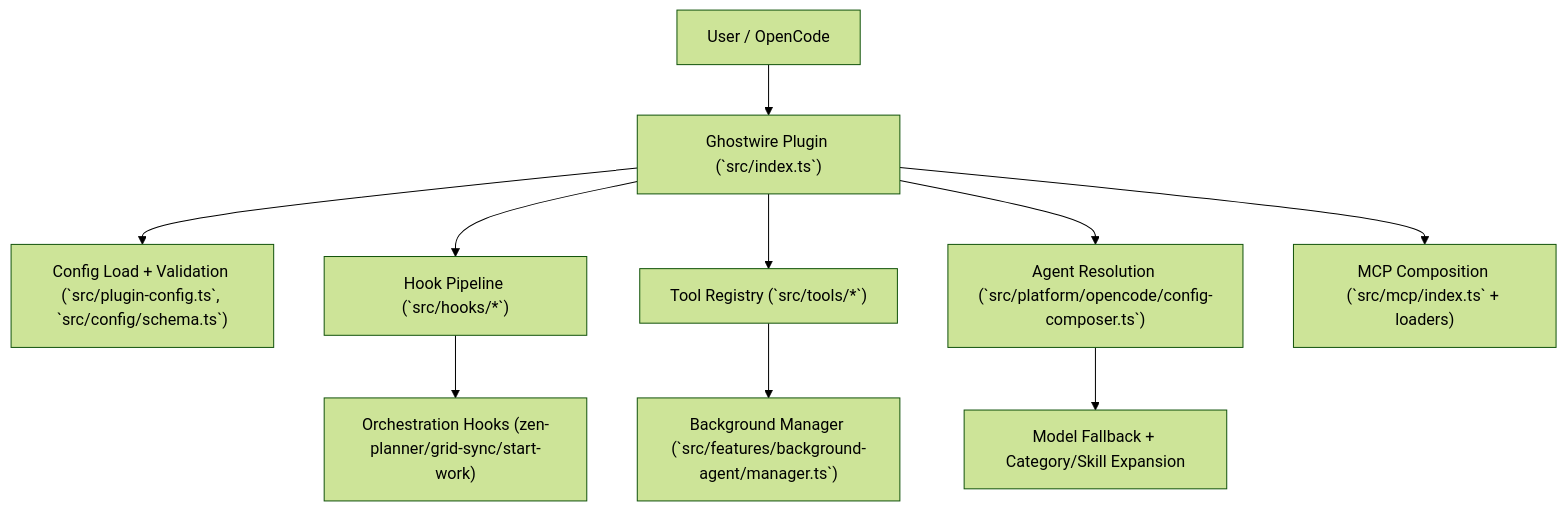
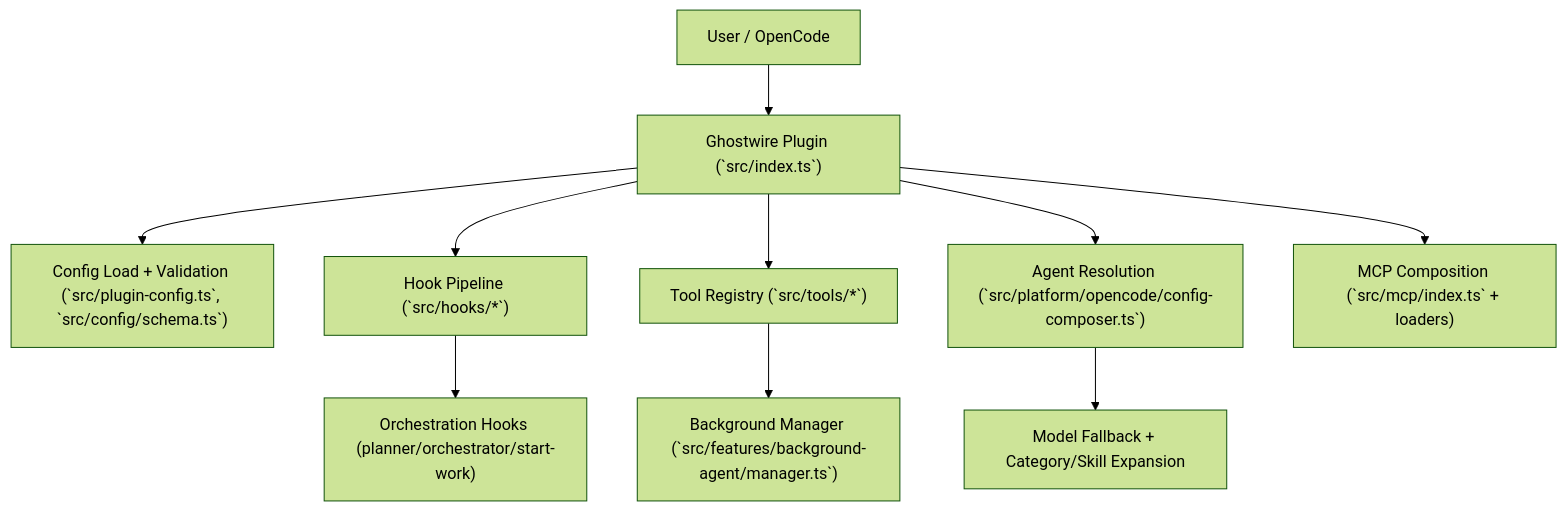
Before and after one commit to hackefeller/ghostwire: the diagram in docs/concepts/plugin-architecture.md, drawn with Mermaid (forest theme). The commit also changed other lines of this file and 15 other files, not shown here.

````diff
--- a/docs/concepts/plugin-architecture.md
+++ b/docs/concepts/plugin-architecture.md
@@ -78,12 +78,12 @@
 ```mermaid
 flowchart TD
     U["User / OpenCode"] --> P["Ghostwire Plugin (`src/index.ts`)"]
     P --> C["Config Load + Validation (`src/plugin-config.ts`, `src/config/schema.ts`)"]
     P --> H["Hook Pipeline (`src/hooks/*`)"]
     P --> T["Tool Registry (`src/tools/*`)"]
     P --> A["Agent Resolution (`src/platform/opencode/config-composer.ts`)"]
     A --> M["Model Fallback + Category/Skill Expansion"]
     T --> B["Background Manager (`src/features/background-agent/manager.ts`)"]
-    H --> O["Orchestration Hooks (zen-planner/grid-sync/start-work)"]
+     H --> O["Orchestration Hooks (planner/orchestrator/start-work)"]
     P --> MCP["MCP Composition (`src/mcp/index.ts` + loaders)"]
 ```
````
